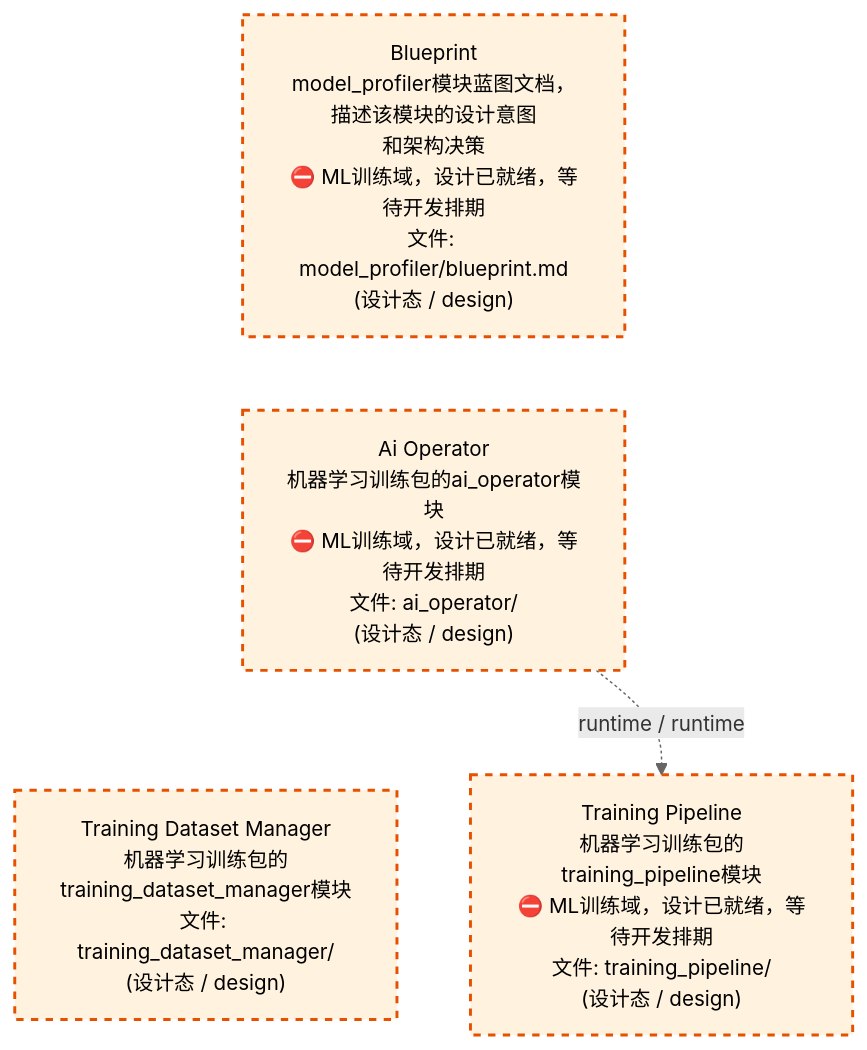
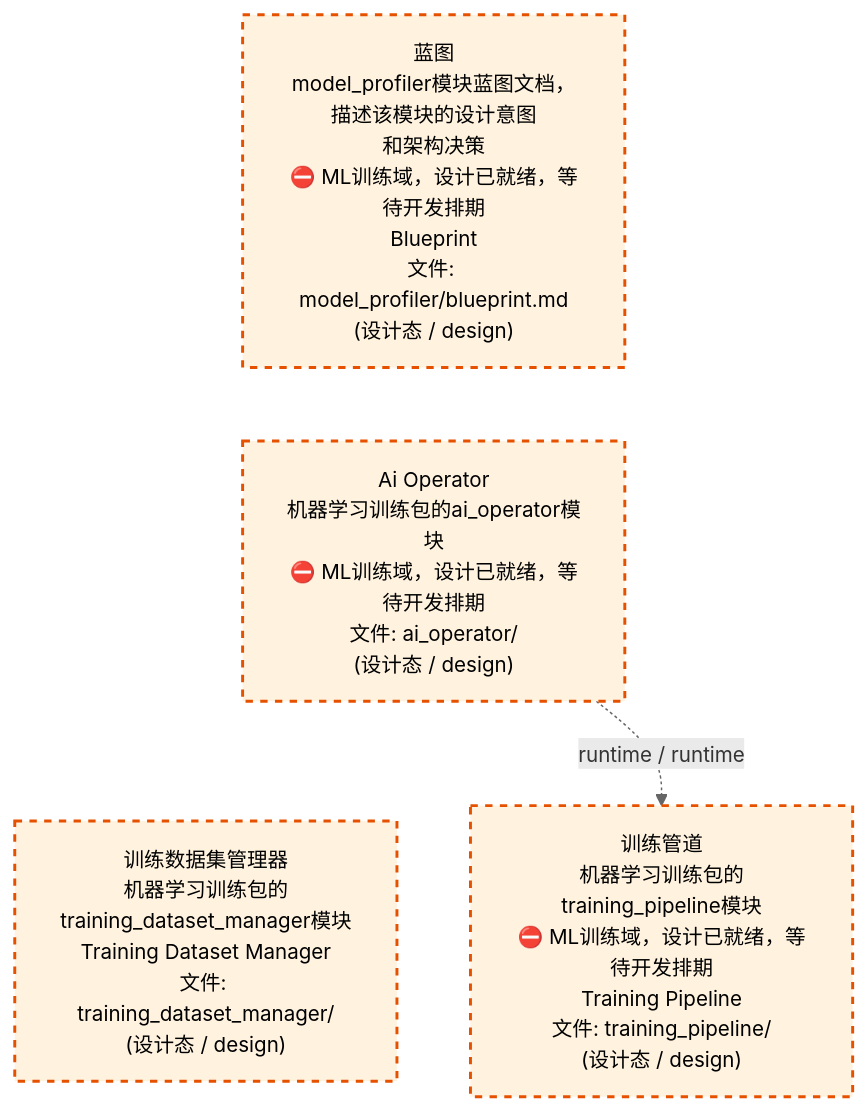
One commit to xuanFelixVan/ZephyrAlpha changed the third of 4 diagrams in docs/02_enterprise_architecture/02_domain_architecture_docs/61_d_ml_train.md. Above: the diagram before and after it, drawn with Mermaid. The commit also changed other lines of this file and 56 other files, not shown here.

````diff
--- a/docs/02_enterprise_architecture/02_domain_architecture_docs/61_d_ml_train.md
+++ b/docs/02_enterprise_architecture/02_domain_architecture_docs/61_d_ml_train.md
@@ -127,16 +127,16 @@
 ```mermaid
 %%{init: {'theme': 'base', 'themeVariables': {'primaryColor': '#eaeaea', 'primaryTextColor': '#333333', 'primaryBorderColor': '#666666', 'lineColor': '#666666', 'secondaryColor': '#eaeaea', 'tertiaryColor': '#eaeaea', 'fontSize': '14px'}}}%%
 flowchart TD
-    docs_03_modules_cross_layer_model_profiler_blueprint_md["Blueprint<br/>model_profiler模块蓝图文档，描述该模块的设计意图<br/>和架构决策<br/>⛔ ML训练域，设计已就绪，等待开发排期<br/>文件: model_profiler/blueprint.md<br/>(设计态 / design)"]
+    docs_03_modules_cross_layer_model_profiler_blueprint_md["蓝图<br/>model_profiler模块蓝图文档，描述该模块的设计意图<br/>和架构决策<br/>⛔ ML训练域，设计已就绪，等待开发排期<br/>Blueprint<br/>文件: model_profiler/blueprint.md<br/>(设计态 / design)"]
     src_zephyr_ml_train_ai_operator["Ai Operator<br/>机器学习训练包的ai_operator模块<br/>⛔ ML训练域，设计已就绪，等待开发排期<br/>文件: ai_operator/<br/>(设计态 / design)"]
-    src_zephyr_ml_train_training_dataset_manager["Training Dataset Manager<br/>机器学习训练包的training_dataset_manager模块<br/>文件: training_dataset_manager/<br/>(设计态 / design)"]
+    src_zephyr_ml_train_training_dataset_manager["训练数据集管理器<br/>机器学习训练包的training_dataset_manager模块<br/>Training Dataset Manager<br/>文件: training_dataset_manager/<br/>(设计态 / design)"]
     docs_03_modules_cross_layer_model_profiler_blueprint_md ~~~ src_zephyr_ml_train_ai_operator
     src_zephyr_ml_train_ai_operator ~~~ src_zephyr_ml_train_training_dataset_manager
-    src_zephyr_ml_train_training_pipeline["Training Pipeline<br/>机器学习训练包的training_pipeline模块<br/>⛔ ML训练域，设计已就绪，等待开发排期<br/>文件: training_pipeline/<br/>(设计态 / design)"]
+    src_zephyr_ml_train_training_pipeline["训练管道<br/>机器学习训练包的training_pipeline模块<br/>⛔ ML训练域，设计已就绪，等待开发排期<br/>Training Pipeline<br/>文件: training_pipeline/<br/>(设计态 / design)"]
     src_zephyr_ml_train_ai_operator -.->|runtime / runtime| src_zephyr_ml_train_training_pipeline
     classDef production fill:#e1f5fe,stroke:#01579b,stroke-width:2px,color:#000
     classDef design fill:#fff3e0,stroke:#e65100,stroke-width:2px,color:#000,stroke-dasharray: 5 5
     classDef external_prod fill:#e8f4fd,stroke:#0277bd,stroke-width:1px,color:#000
     classDef external_design fill:#fff8e7,stroke:#ef6c00,stroke-width:1px,color:#000,stroke-dasharray: 5 5
     class docs_03_modules_cross_layer_model_profiler_blueprint_md,src_zephyr_ml_train_ai_operator,src_zephyr_ml_train_training_dataset_manager,src_zephyr_ml_train_training_pipeline design
 ```
````
